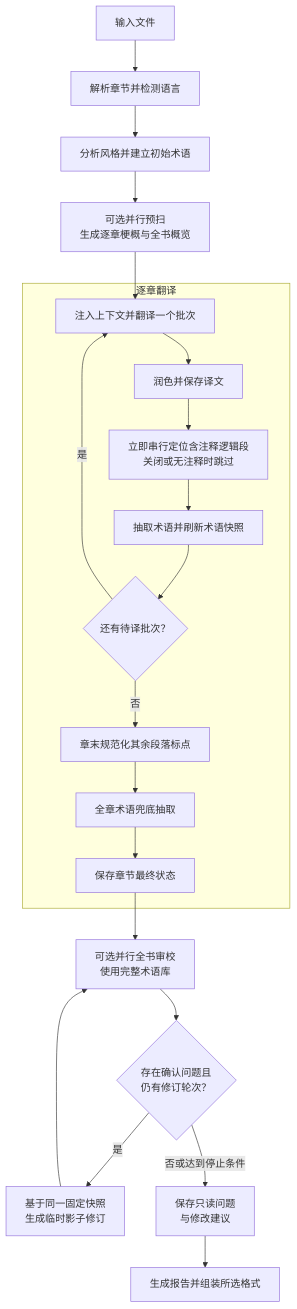
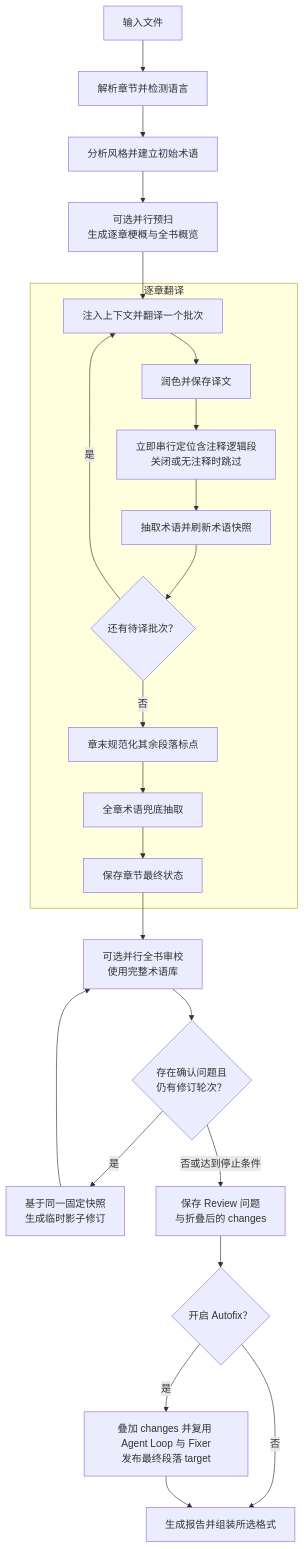
The diagram in docs/zh/README.md (BigDawnGhost/wenyi), drawn with Mermaid before and after one commit. The commit also changed other lines of this file and 23 other files, not shown here.

Commit message:
feat(review): add optional autofix publishing

````diff
--- a/docs/zh/README.md
+++ b/docs/zh/README.md
@@ -158,26 +162,29 @@
 ```mermaid
 flowchart TD
     A[输入文件] --> B[解析章节并检测语言]
     B --> C[分析风格并建立初始术语]
     C --> D[可选并行预扫<br/>生成逐章梗概与全书概览]
     D --> E
 
     subgraph T[逐章翻译]
         E[注入上下文并翻译一个批次]
         E --> F[润色并保存译文]
         F --> FA[立即串行定位含注释逻辑段<br/>关闭或无注释时跳过]
         FA --> G[抽取术语并刷新术语快照]
         G --> H{还有待译批次？}
         H -- 是 --> E
         H -- 否 --> I[章末规范化其余段落标点]
         I --> IB[全章术语兜底抽取]
         IB --> J[保存章节最终状态]
     end
 
     J --> K[可选并行全书审校<br/>使用完整术语库]
     K --> N{存在确认问题且<br/>仍有修订轮次？}
     N -- 是 --> O[基于同一固定快照<br/>生成临时影子修订]
     O --> K
-    N -- 否或达到停止条件 --> P[保存只读问题<br/>与修改建议]
-    P --> M[生成报告并组装所选格式]
+    N -- 否或达到停止条件 --> P[保存 Review 问题<br/>与折叠后的 changes]
+    P --> Q{开启 Autofix？}
+    Q -- 是 --> R[叠加 changes 并复用 Agent Loop 与 Fixer<br/>发布最终段落 target]
+    Q -- 否 --> M[生成报告并组装所选格式]
+    R --> M
 ```
````
